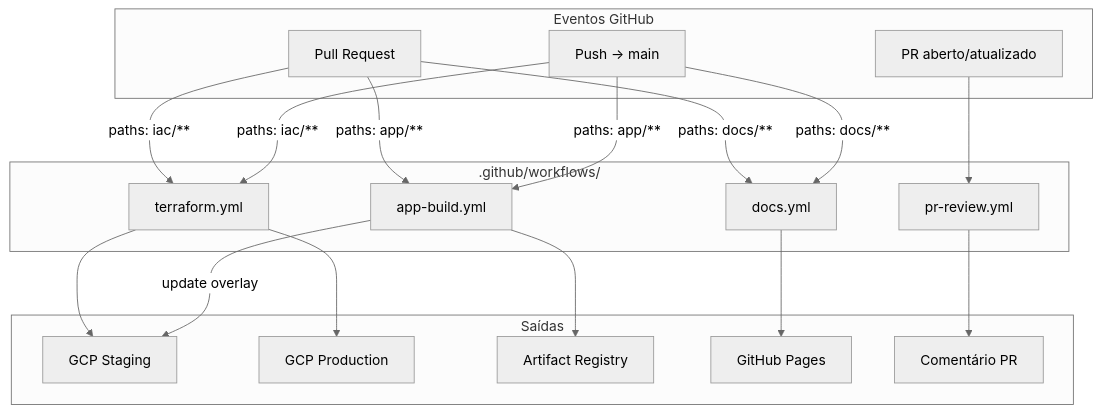
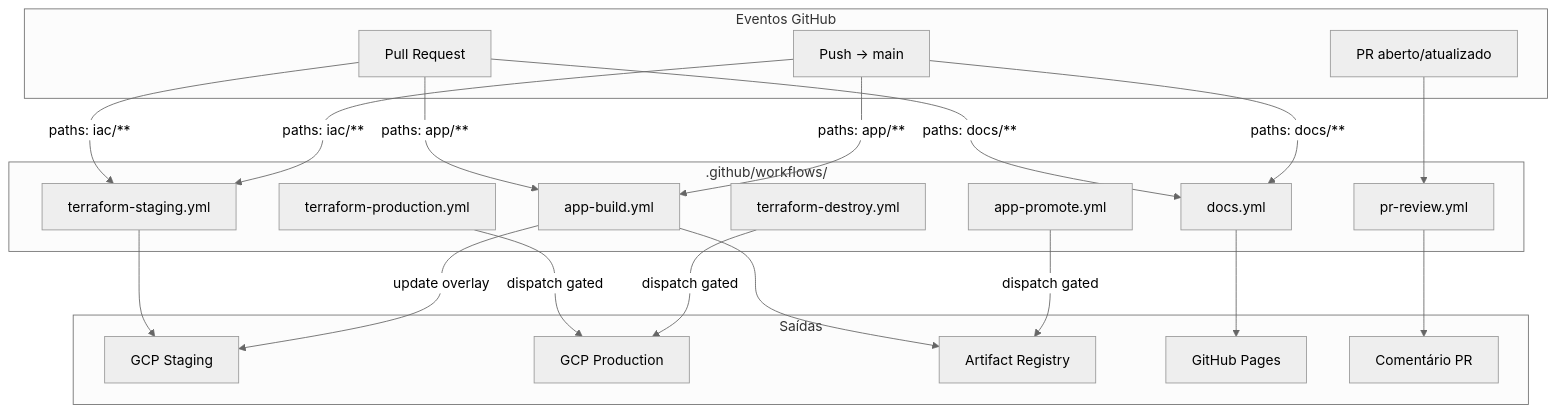
Before and after one commit to nikolastsdev/dito-devops-challenge: the first of 13 diagrams in docs/ci-cd/pipeline-diagrams.md, drawn with Mermaid (neutral theme). The commit also changed other lines of this file and 8 other files, not shown here.

First line of the commit message:
fix: split terraform workflows + unblock staging apply

````diff
--- a/docs/ci-cd/pipeline-diagrams.md
+++ b/docs/ci-cd/pipeline-diagrams.md
@@ -9,38 +9,43 @@
 ```mermaid
 flowchart TB
     subgraph Triggers["Eventos GitHub"]
         PR["Pull Request"]
         PushMain["Push → main"]
         PRAny["PR aberto/atualizado"]
     end
 
     subgraph Workflows[".github/workflows/"]
-        TF["terraform.yml"]
+        TF["terraform-staging.yml"]
+        TFP["terraform-production.yml"]
+        TFD["terraform-destroy.yml"]
         APP["app-build.yml"]
+        PROM["app-promote.yml"]
         DOCS["docs.yml"]
         REV["pr-review.yml"]
     end
 
     subgraph Outputs["Saídas"]
         STG_GCP["GCP Staging"]
         PRD_GCP["GCP Production"]
         AR["Artifact Registry"]
         Pages["GitHub Pages"]
         Comment["Comentário PR"]
     end
 
     PR -->|paths: iac/**| TF
     PushMain -->|paths: iac/**| TF
     PR -->|paths: app/**| APP
     PushMain -->|paths: app/**| APP
     PR -->|paths: docs/**| DOCS
     PushMain -->|paths: docs/**| DOCS
     PRAny --> REV
 
     TF --> STG_GCP
-    TF --> PRD_GCP
+    TFP -->|dispatch gated| PRD_GCP
+    TFD -->|dispatch gated| PRD_GCP
     APP --> AR
+    PROM -->|dispatch gated| AR
     DOCS --> Pages
     REV --> Comment
     APP -->|update overlay| STG_GCP
 ```
````
